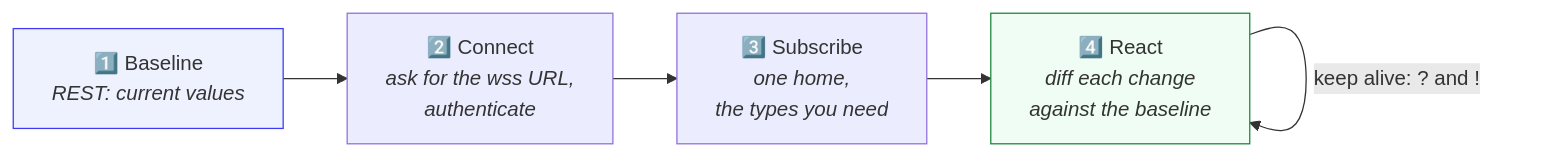
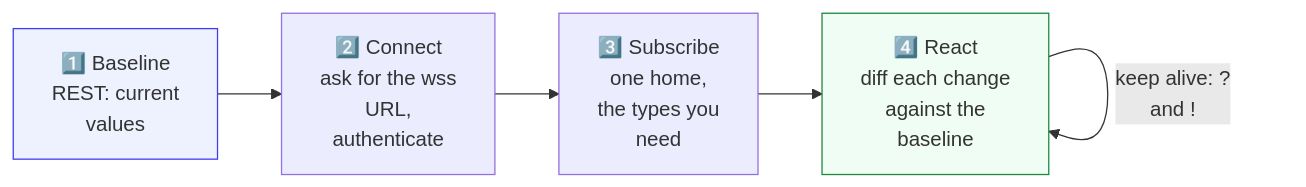
Before and after one commit to CareDailyAI/docs: the diagram in guides/watch_a_home_live.md, drawn with Mermaid. The commit also changed 30 other files, not shown here.

First line of the commit message:
Diagrams: wrap every flowchart label to short rows so Chrome stops clipping them

````diff
--- a/guides/watch_a_home_live.md
+++ b/guides/watch_a_home_live.md
@@ -10,9 +10,9 @@
 ```mermaid
 flowchart LR
-    A["1️⃣ Baseline<br/><i>REST: current values</i>"] --> B["2️⃣ Connect<br/><i>ask for the wss URL,<br/>authenticate</i>"]
-    B --> C["3️⃣ Subscribe<br/><i>one home,<br/>the types you need</i>"]
-    C --> D["4️⃣ React<br/><i>diff each change<br/>against the baseline</i>"]
-    D -->|"keep alive: ? and !"| D
+    A["1️⃣ Baseline<br/>REST: current<br/>values"] --> B["2️⃣ Connect<br/>ask for the wss<br/>URL,<br/>authenticate"]
+    B --> C["3️⃣ Subscribe<br/>one home,<br/>the types you<br/>need"]
+    C --> D["4️⃣ React<br/>diff each change<br/>against the<br/>baseline"]
+    D -->|"keep alive: ?<br/>and !"| D
     style A fill:#eef2ff,stroke:#3f3bf2
     style D fill:#f0fdf4,stroke:#1b873f
 ```
````
